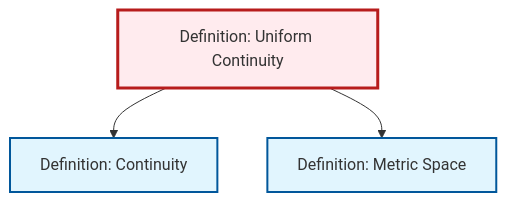
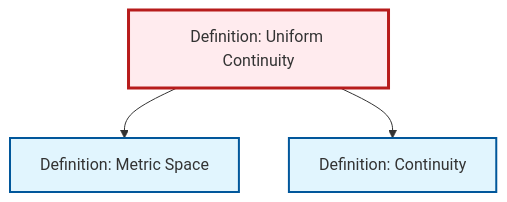
One commit to RK0429/ModernMath changed the diagram in content/ja/analysis/def-uniform-continuity.qmd. Above: the diagram before and after it, drawn with Mermaid. The commit also changed other lines of this file and 491 other files, not shown here.

````diff
--- a/content/ja/analysis/def-uniform-continuity.qmd
+++ b/content/ja/analysis/def-uniform-continuity.qmd
@@ -68,17 +68,17 @@
 ```{mermaid}
 %%| fig-cap: "Local dependency graph"
 graph TD
     classDef definition fill:#e1f5fe,stroke:#01579b,stroke-width:2px
     classDef theorem fill:#f3e5f5,stroke:#4a148c,stroke-width:2px
     classDef axiom fill:#fff3e0,stroke:#e65100,stroke-width:2px
     classDef example fill:#e8f5e9,stroke:#1b5e20,stroke-width:2px
     classDef current fill:#ffebee,stroke:#b71c1c,stroke-width:3px
+    def-metric-space["Definition: Metric Space"]:::definition
     def-continuity["Definition: Continuity"]:::definition
-    def-metric-space["Definition: Metric Space"]:::definition
     def-uniform-continuity["Definition: Uniform Continuity"]:::definition
+    def-uniform-continuity --> def-metric-space
     def-uniform-continuity --> def-continuity
-    def-uniform-continuity --> def-metric-space
     class def-uniform-continuity current
+    click def-metric-space "def-metric-space.html" "Definition: Metric Spaceへ"
     click def-continuity "def-continuity.html" "Definition: Continuityへ"
-    click def-metric-space "def-metric-space.html" "Definition: Metric Spaceへ"
 ```
````
